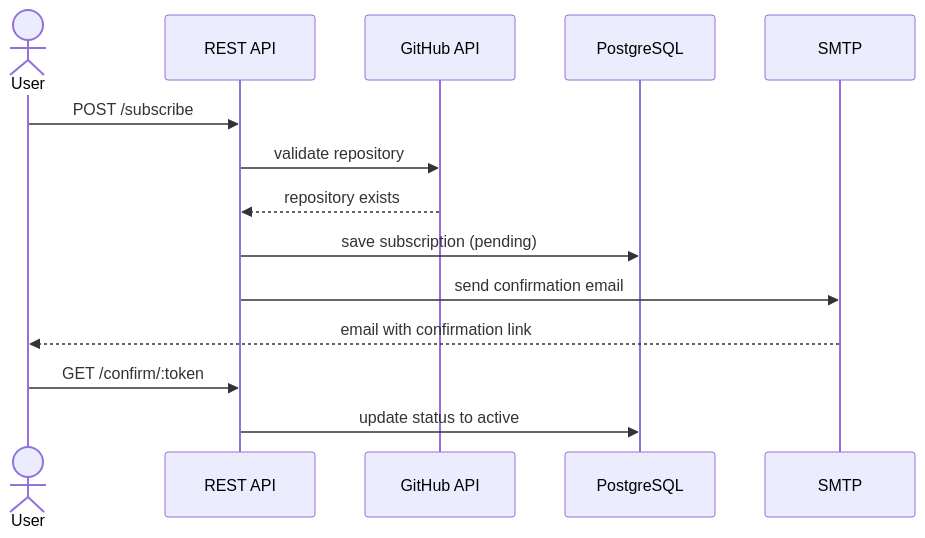
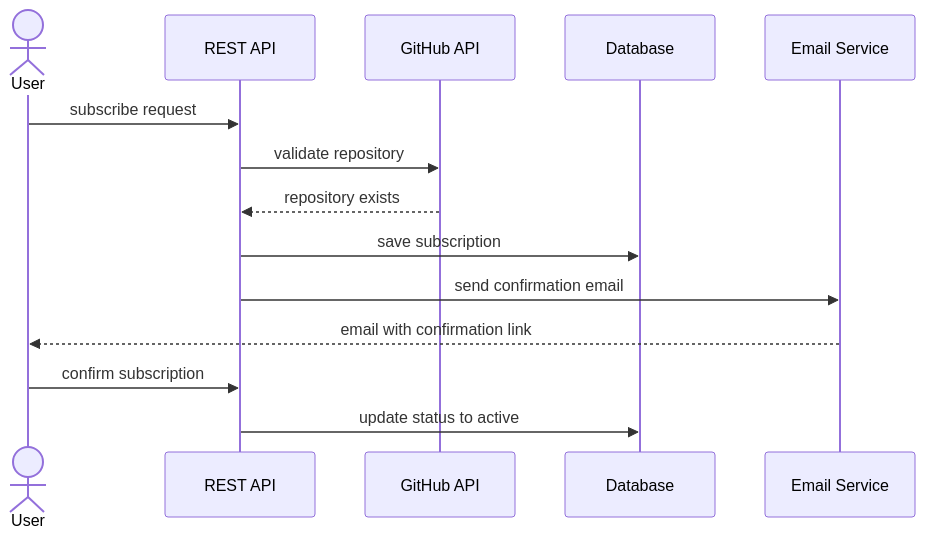
Before and after one commit to GenesisEducationKyiv/software-engineering-school-6-0-alinaa36: the second of 3 diagrams in git-release-notifier-be/docs/system-design.md, drawn with Mermaid. The commit also changed other lines of this file and 1 other file, not shown here.

````diff
--- a/git-release-notifier-be/docs/system-design.md
+++ b/git-release-notifier-be/docs/system-design.md
@@ -156,12 +155,12 @@
 ```mermaid
 sequenceDiagram
     actor User
-    User->>REST API: POST /subscribe
+    User->>REST API: subscribe request
     REST API->>GitHub API: validate repository
     GitHub API-->>REST API: repository exists
-    REST API->>PostgreSQL: save subscription (pending)
-    REST API->>SMTP: send confirmation email
-    SMTP-->>User: email with confirmation link
-    User->>REST API: GET /confirm/:token
-    REST API->>PostgreSQL: update status to active
+    REST API->>Database: save subscription
+    REST API->>Email Service: send confirmation email
+    Email Service-->>User: email with confirmation link
+    User->>REST API: confirm subscription
+    REST API->>Database: update status to active
 ```
````
